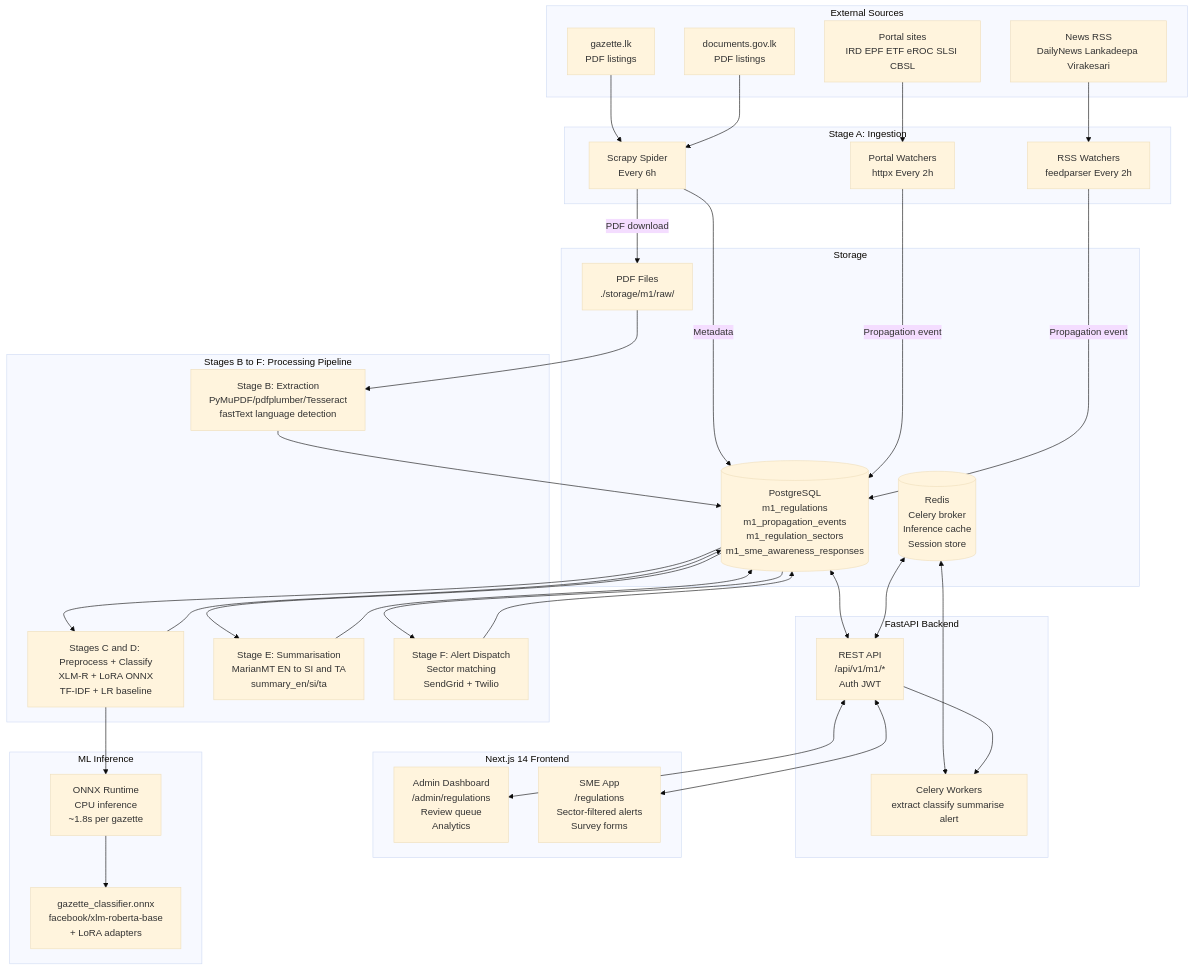
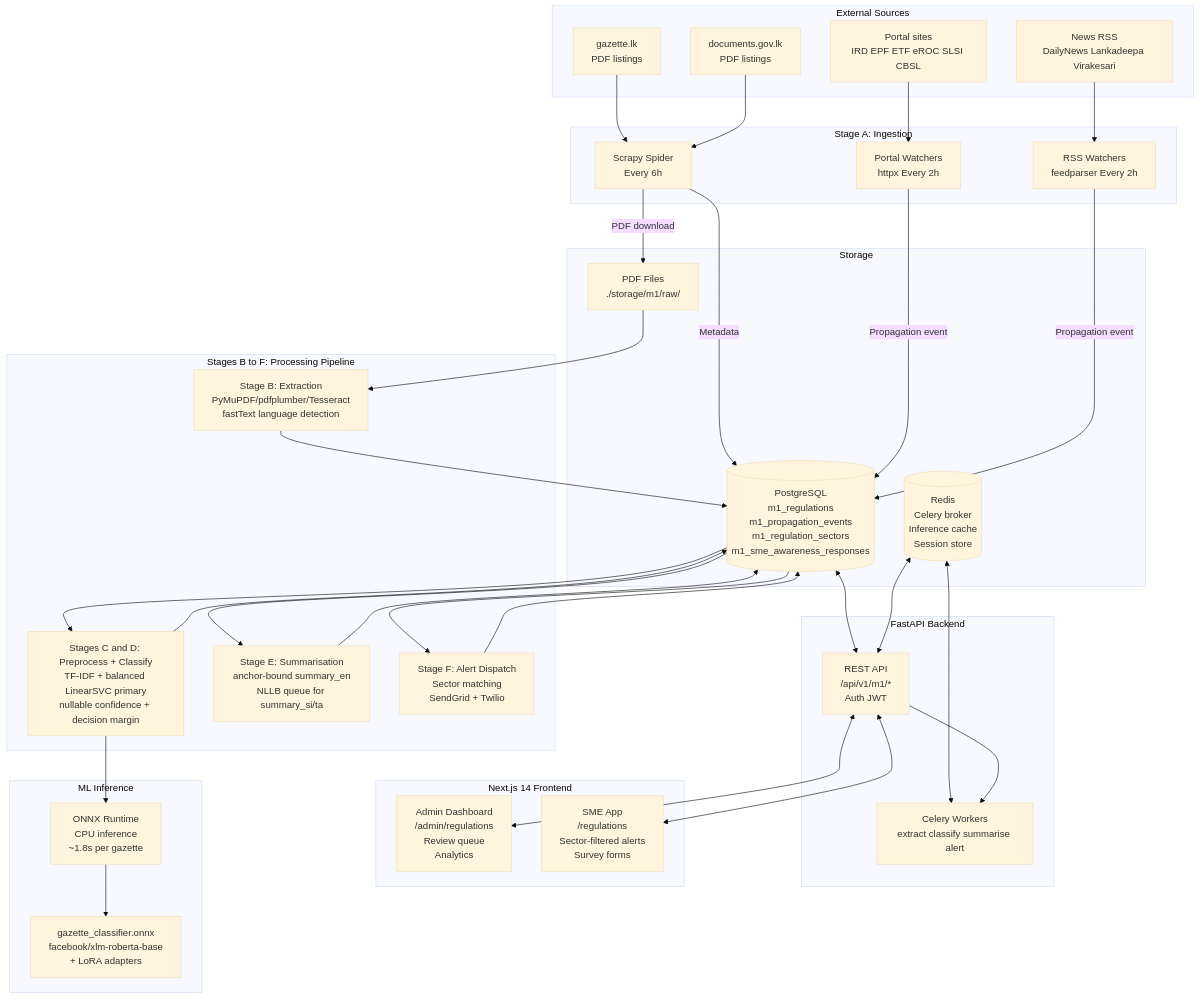
Before and after one commit to ifham-mohamed/obs-sme: the third of 3 diagrams in 02-Research-Modules/1 Module-1-Awareness-Gap/08_M1_Full_System_Architecture.md, drawn with Mermaid (base theme). The commit also changed other lines of this file and 110 other files, not shown here.

````diff
--- a/02-Research-Modules/1 Module-1-Awareness-Gap/08_M1_Full_System_Architecture.md
+++ b/02-Research-Modules/1 Module-1-Awareness-Gap/08_M1_Full_System_Architecture.md
@@ -224,71 +234,71 @@
 ```mermaid
 flowchart TB
     subgraph External["External Sources"]
         G1[gazette.lk<br/>PDF listings]
         G2[documents.gov.lk<br/>PDF listings]
         G3[Portal sites<br/>IRD EPF ETF eROC SLSI CBSL]
         G4[News RSS<br/>DailyNews Lankadeepa Virakesari]
     end
 
     subgraph Ingestion["Stage A: Ingestion"]
         I1[Scrapy Spider<br/>Every 6h]
         I2[Portal Watchers<br/>httpx Every 2h]
         I3[RSS Watchers<br/>feedparser Every 2h]
     end
 
     subgraph Storage["Storage"]
         DB[(PostgreSQL<br/>m1_regulations<br/>m1_propagation_events<br/>m1_regulation_sectors<br/>m1_sme_awareness_responses)]
         PDF[PDF Files<br/>./storage/m1/raw/]
         CACHE[(Redis<br/>Celery broker<br/>Inference cache<br/>Session store)]
     end
 
     subgraph Pipeline["Stages B to F: Processing Pipeline"]
         B[Stage B: Extraction<br/>PyMuPDF/pdfplumber/Tesseract<br/>fastText language detection]
-        C[Stages C and D: Preprocess + Classify<br/>XLM-R + LoRA ONNX<br/>TF-IDF + LR baseline]
-        E[Stage E: Summarisation<br/>MarianMT EN to SI and TA<br/>summary_en/si/ta]
+        C[Stages C and D: Preprocess + Classify<br/>TF-IDF + balanced LinearSVC primary<br/>nullable confidence + decision margin]
+        E[Stage E: Summarisation<br/>anchor-bound summary_en<br/>NLLB queue for summary_si/ta]
         F[Stage F: Alert Dispatch<br/>Sector matching<br/>SendGrid + Twilio]
     end
 
     subgraph Backend["FastAPI Backend"]
         API[REST API<br/>/api/v1/m1/*<br/>Auth JWT]
         WORKER[Celery Workers<br/>extract classify summarise alert]
     end
 
     subgraph Frontend["Next.js 14 Frontend"]
         ADM[Admin Dashboard<br/>/admin/regulations<br/>Review queue<br/>Analytics]
         SME[SME App<br/>/regulations<br/>Sector-filtered alerts<br/>Survey forms]
     end
 
     subgraph ML["ML Inference"]
         ONNX[ONNX Runtime<br/>CPU inference<br/>~1.8s per gazette]
         MODEL[gazette_classifier.onnx<br/>facebook/xlm-roberta-base<br/>+ LoRA adapters]
     end
 
     G1 & G2 --> I1
     G3 --> I2
     G4 --> I3
 
     I1 -->|PDF download| PDF
     I1 -->|Metadata| DB
     I2 -->|Propagation event| DB
     I3 -->|Propagation event| DB
 
     PDF --> B
     B --> DB
     DB --> C
     C --> ONNX
     ONNX --> MODEL
     C --> DB
     DB --> E
     E --> DB
     DB --> F
     F --> DB
 
     DB <--> API
     CACHE <--> API
     CACHE <--> WORKER
     API --> WORKER
 
     API <--> ADM
     API <--> SME
 ```
````
